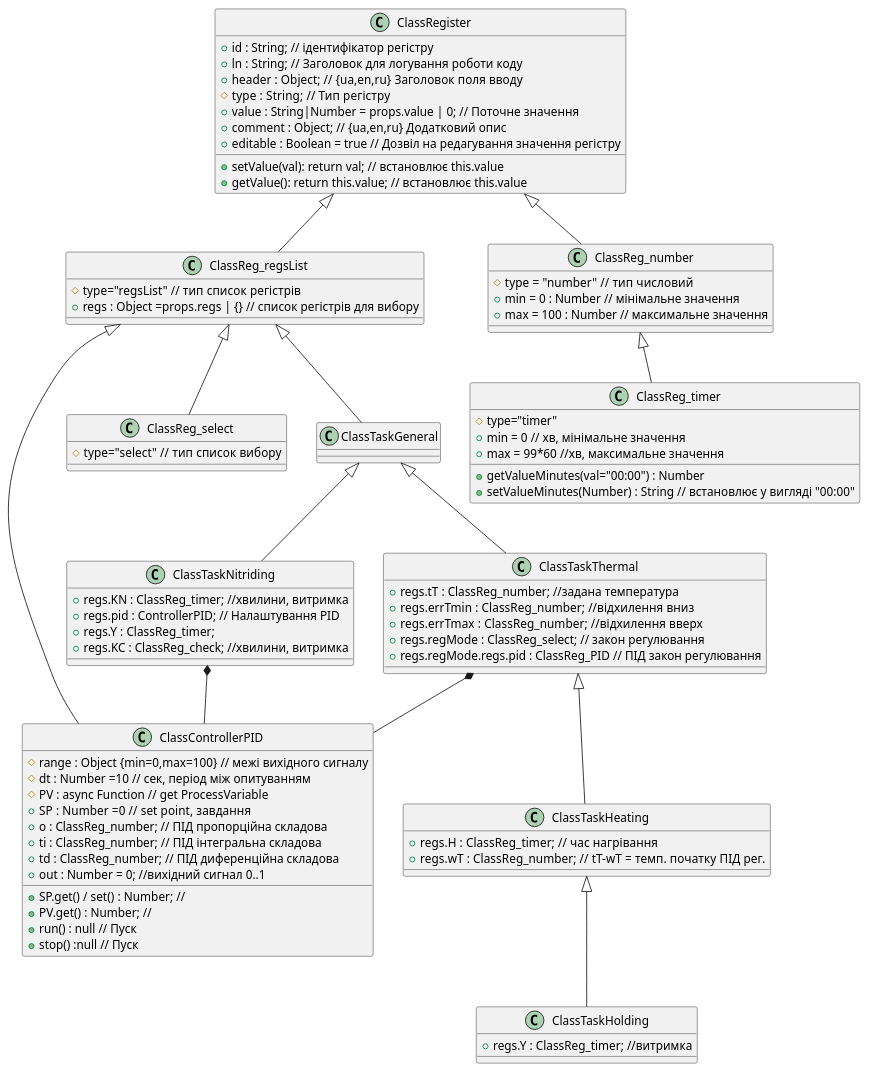
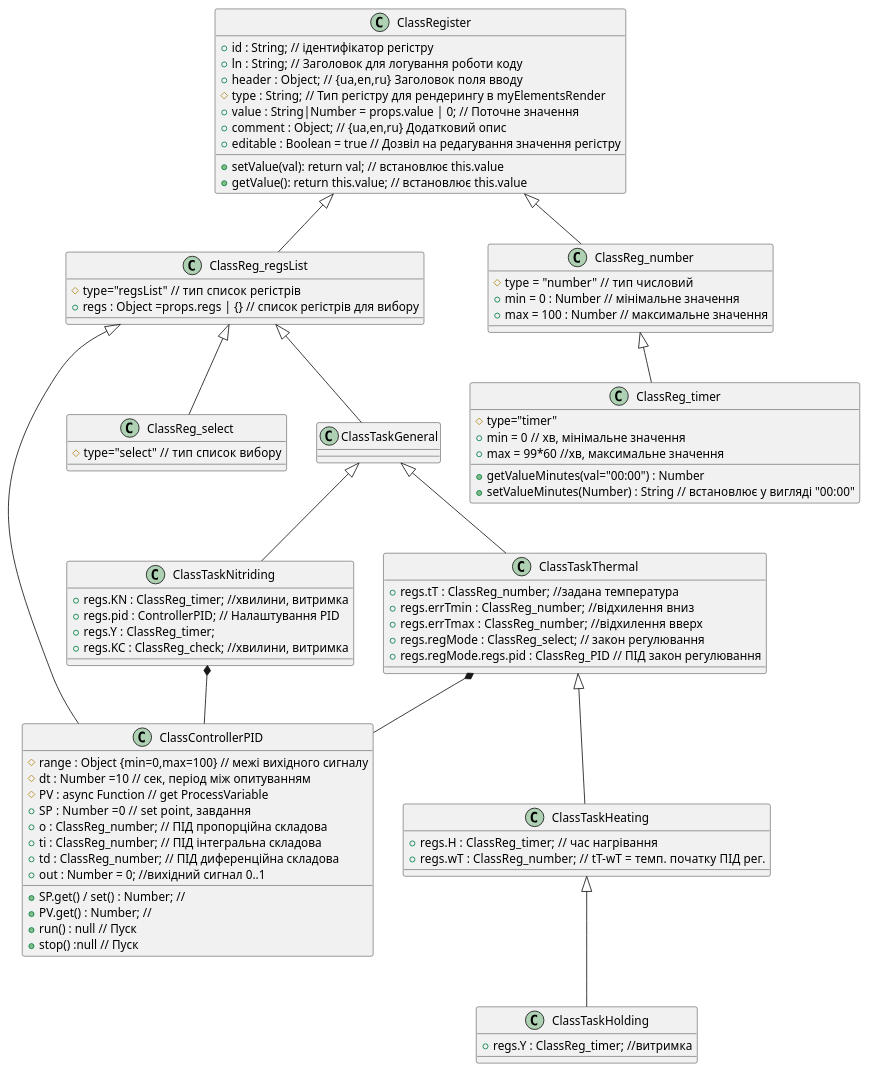
Before and after one commit to YVitalii/ASUTP2021: the diagram in controllers/tasksController/ClassesTaskDiagrams.puml, drawn with PlantUML. The commit also changed other lines of this file and 32 other files, not shown here.

```diff
--- a/controllers/tasksController/ClassesTaskDiagrams.puml
+++ b/controllers/tasksController/ClassesTaskDiagrams.puml
@@ -2,115 +2,115 @@
 @startuml ClassTasks
 
 class ClassRegister { 
     +id : String; // ідентифікатор регістру
     +ln : String; // Заголовок для логування роботи коду
     +header : Object; // {ua,en,ru}  Заголовок поля вводу
-    #type :  String; // Тип регістру
+    #type :  String; // Тип регістру для рендерингу в myElementsRender
     +value : String|Number = props.value | 0; // Поточне значення
     +comment : Object; // {ua,en,ru} Додатковий опис
     +editable : Boolean = true // Дозвіл на редагування значення регістру
     +setValue(val): return val; // встановлює this.value
     +getValue(): return this.value; // встановлює this.value
 }
 
 class ClassReg_regsList {
     #type="regsList"  // тип список регістрів
     +regs : Object =props.regs | {} // список регістрів для вибору
 }
 
 ClassRegister <|-- ClassReg_regsList
 
 class ClassTaskGeneral {
 '    //+regs : Object = props.regs : {} // контейнер для списку регістрів
 }
 
 ClassReg_regsList <|-- ClassTaskGeneral
 
 class ClassControllerPID {
     #range : Object {min=0,max=100} // межі вихідного сигналу
     #dt : Number =10 // сек, період між опитуванням
     #PV : async Function // get ProcessVariable
     +SP : Number =0  // set point, завдання
     +o : ClassReg_number; // ПІД пропорційна складова
     +ti : ClassReg_number; // ПІД інтегральна складова
     +td : ClassReg_number; // ПІД диференційна складова
     +out : Number = 0; //вихідний сигнал 0..1
     +SP.get() / set() : Number; //
     +PV.get() : Number; //
     +run() : null // Пуск
     +stop() :null // Пуск
 }
 ClassReg_regsList <|-- ClassControllerPID
 ' Поки закон ПОЗ - невикористовуємо
 ' class POScontroller { 
 '     o : ClassReg_number; // неузг.температури
 ' }
 
 class ClassTaskThermal {
     +regs.tT : ClassReg_number; //задана температура
     +regs.errTmin :  ClassReg_number; //відхилення вниз
     +regs.errTmax :  ClassReg_number; //відхилення вверх
     +regs.regMode : ClassReg_select; // закон регулювання
     ' +regs.regMode.regs.pos : POScontroller; // ПОЗ закон регулювання
     +regs.regMode.regs.pid : ClassReg_PID // ПІД закон регулювання
     
  }
 
 ClassTaskThermal *-- ClassControllerPID
 ' ClassTaskThermal *-- POScontroller
 
 class ClassTaskHeating {
     +regs.H :  ClassReg_timer; // час нагрівання
     +regs.wT :  ClassReg_number; // tT-wT = темп. початку ПІД рег.
 }
 
 class ClassTaskHolding {
     +regs.Y : ClassReg_timer; //витримка 
 } 
 
 
 
 ClassTaskGeneral <|--  ClassTaskThermal
 ClassTaskThermal  <|--  ClassTaskHeating
 ClassTaskHeating  <|-- ClassTaskHolding
 
 ' -------------  Nitriding Process --------------------------------
 class ClassTaskNitriding {
     +regs.KN : ClassReg_timer; //хвилини, витримка 
     +regs.pid : ControllerPID; // Налаштування PID
     +regs.Y : ClassReg_timer;
     +regs.KC : ClassReg_check; //хвилини, витримка
 
 } 
 ClassTaskGeneral <|--  ClassTaskNitriding
 ClassTaskNitriding *-- ClassControllerPID
 
 class ClassReg_number {
     #type = "number"  // тип числовий
     +min = 0 : Number // мінімальне значення  
     +max = 100 : Number // максимальне значення
 }
 ClassRegister <|-- ClassReg_number
 
 
 
 
 
 class ClassReg_select {
     #type="select"  // тип список вибору
 }
 
 ClassReg_regsList <|-- ClassReg_select
 
 
 class ClassReg_timer {
     #type="timer"
     +min = 0 // хв, мінімальне значення  
     +max = 99*60 //хв, максимальне значення
     +getValueMinutes(val="00:00") : Number
     +setValueMinutes(Number) : String // встановлює у вигляді "00:00" 
  }
 
  ClassReg_number <|-- ClassReg_timer
 
 @enduml
```
